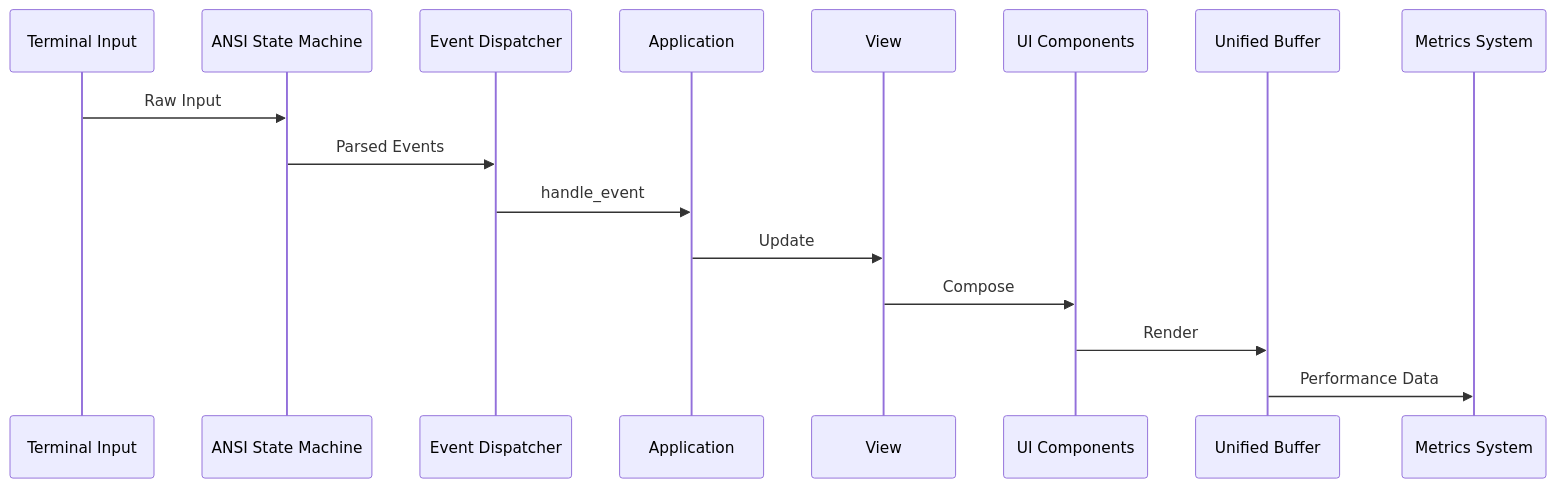
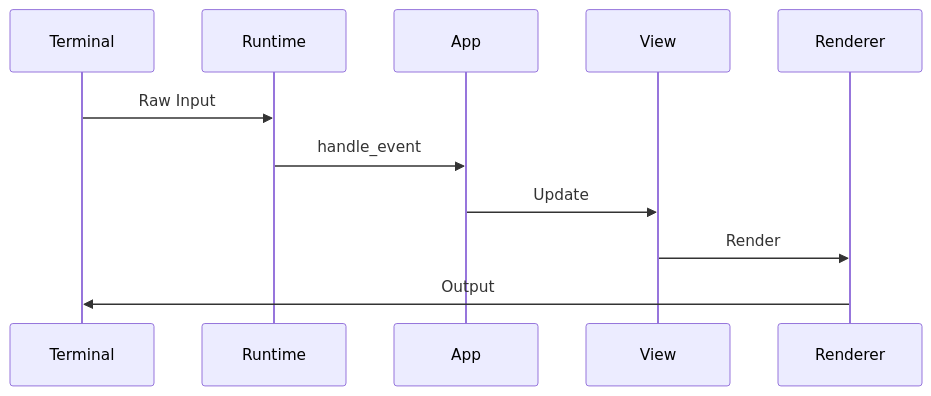
The sixth of 6 diagrams in docs/ARCHITECTURE.md (Hydepwns/raxol), drawn with Mermaid before and after one commit. The commit also changed other lines of this file and 2 other files, not shown here.

````diff
--- a/docs/ARCHITECTURE.md
+++ b/docs/ARCHITECTURE.md
@@ -233,19 +113,14 @@
 ```mermaid
 sequenceDiagram
-    participant TI as Terminal Input
-    participant ANSI as ANSI State Machine
-    participant ED as Event Dispatcher
-    participant App as Application
-    participant View as View
-    participant UI as UI Components
-    participant TB as Unified Buffer
-    participant Metrics as Metrics System
+    participant Terminal
+    participant Runtime
+    participant App
+    participant View
+    participant Renderer
 
-    TI->>ANSI: Raw Input
-    ANSI->>ED: Parsed Events
-    ED->>App: handle_event
+    Terminal->>Runtime: Raw Input
+    Runtime->>App: handle_event
     App->>View: Update
-    View->>UI: Compose
-    UI->>TB: Render
-    TB->>Metrics: Performance Data
+    View->>Renderer: Render
+    Renderer->>Terminal: Output
 ```
````
